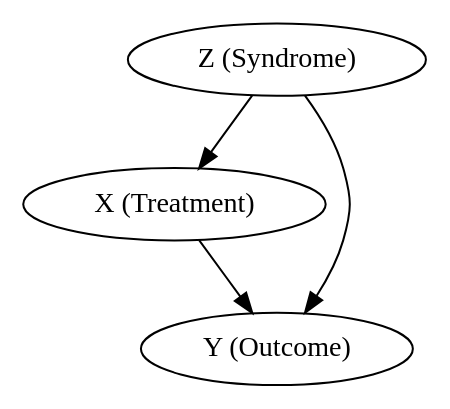
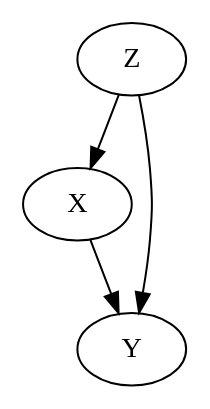
The diagram in dags/Primer.Fig.1.10.dot (DataForScience/Causality), drawn with Graphviz before and after one commit. The commit also changed 2 other files, not shown here.

```diff
--- a/dags/Primer.Fig.1.10.dot
+++ b/dags/Primer.Fig.1.10.dot
@@ -1,8 +1,8 @@
 strict digraph  {
-"Z (Syndrome)" [x=0, y=1];
-"X (Treatment)" [x="-1", y=0];
-"Y (Outcome)" [x=1, y=0];
-"Z (Syndrome)" -> "X (Treatment)";
-"Z (Syndrome)" -> "Y (Outcome)";
-"X (Treatment)" -> "Y (Outcome)";
+"Z" [x=0, y=1];
+"X" [x="-1", y=0];
+"Y" [x=1, y=0];
+"Z" -> "X";
+"Z" -> "Y";
+"X" -> "Y";
 }
```
